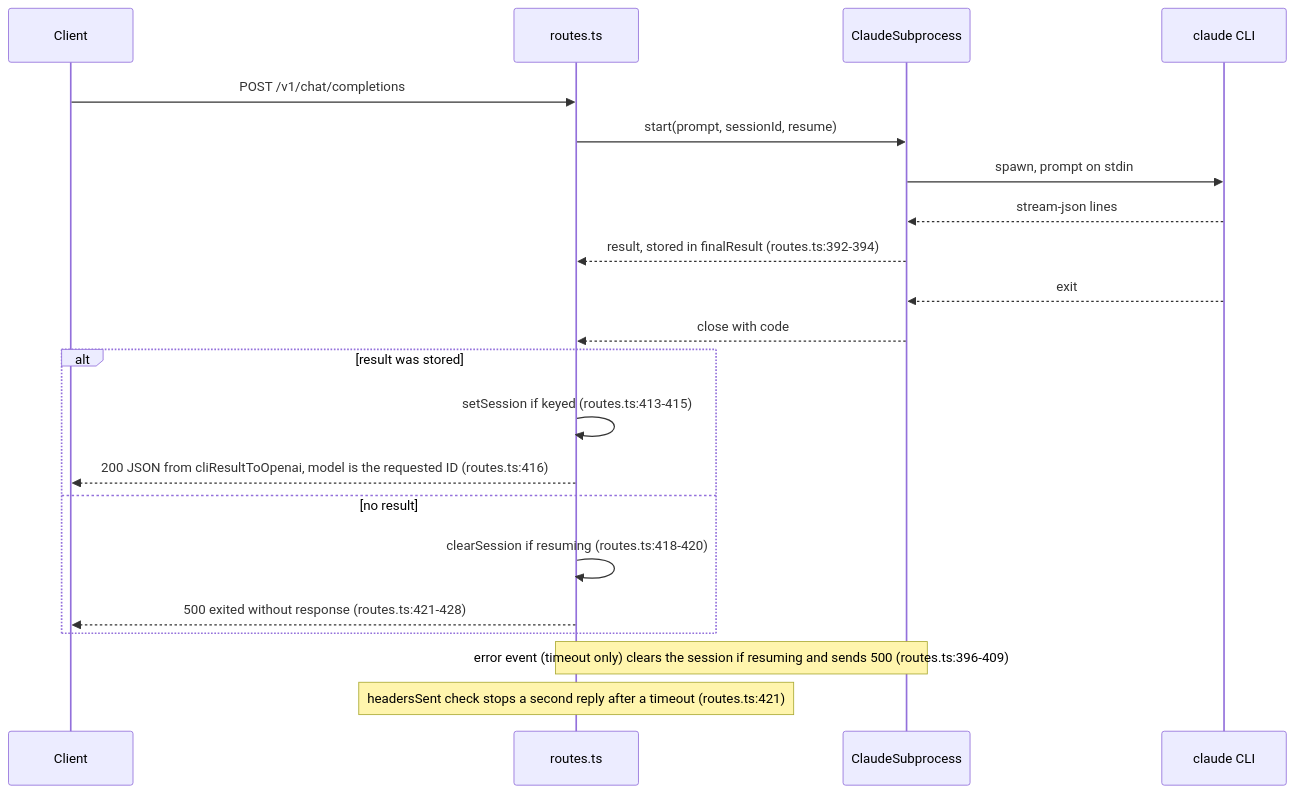
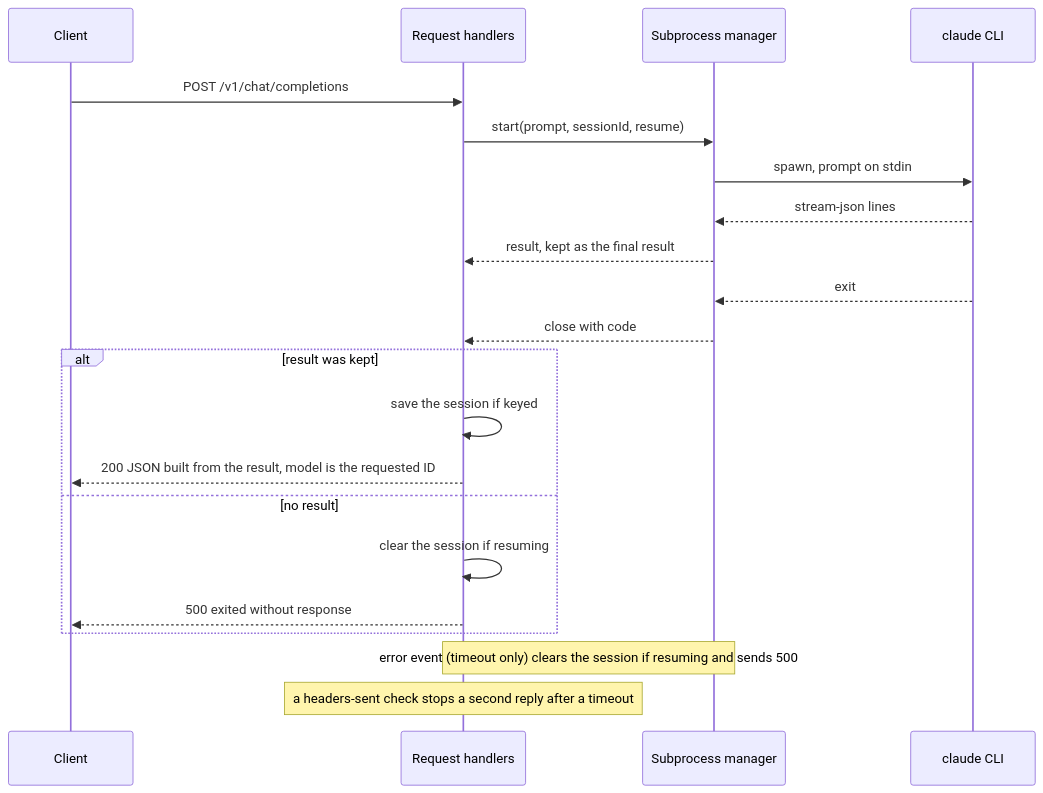
One commit to jameshskoh/claude-max-api-proxy changed the second of 4 diagrams in docs/WORKFLOW.md. Above: the diagram before and after it, drawn with Mermaid. The commit also changed other lines of this file and 14 other files, not shown here.

````diff
--- a/docs/WORKFLOW.md
+++ b/docs/WORKFLOW.md
@@ -110,23 +108,23 @@
 ```mermaid
 sequenceDiagram
   participant C as Client
-  participant R as routes.ts
-  participant S as ClaudeSubprocess
+  participant R as Request handlers
+  participant S as Subprocess manager
   participant CLI as claude CLI
   C->>R: POST /v1/chat/completions
   R->>S: start(prompt, sessionId, resume)
   S->>CLI: spawn, prompt on stdin
   CLI-->>S: stream-json lines
-  S-->>R: result, stored in finalResult (routes.ts:392-394)
+  S-->>R: result, kept as the final result
   CLI-->>S: exit
   S-->>R: close with code
-  alt result was stored
-    R->>R: setSession if keyed (routes.ts:413-415)
-    R-->>C: 200 JSON from cliResultToOpenai, model is the requested ID (routes.ts:416)
+  alt result was kept
+    R->>R: save the session if keyed
+    R-->>C: 200 JSON built from the result, model is the requested ID
   else no result
-    R->>R: clearSession if resuming (routes.ts:418-420)
-    R-->>C: 500 exited without response (routes.ts:421-428)
+    R->>R: clear the session if resuming
+    R-->>C: 500 exited without response
   end
-  Note over S,R: error event (timeout only) clears the session if resuming and sends 500 (routes.ts:396-409)
-  Note over R: headersSent check stops a second reply after a timeout (routes.ts:421)
+  Note over S,R: error event (timeout only) clears the session if resuming and sends 500
+  Note over R: a headers-sent check stops a second reply after a timeout
 ```
````
